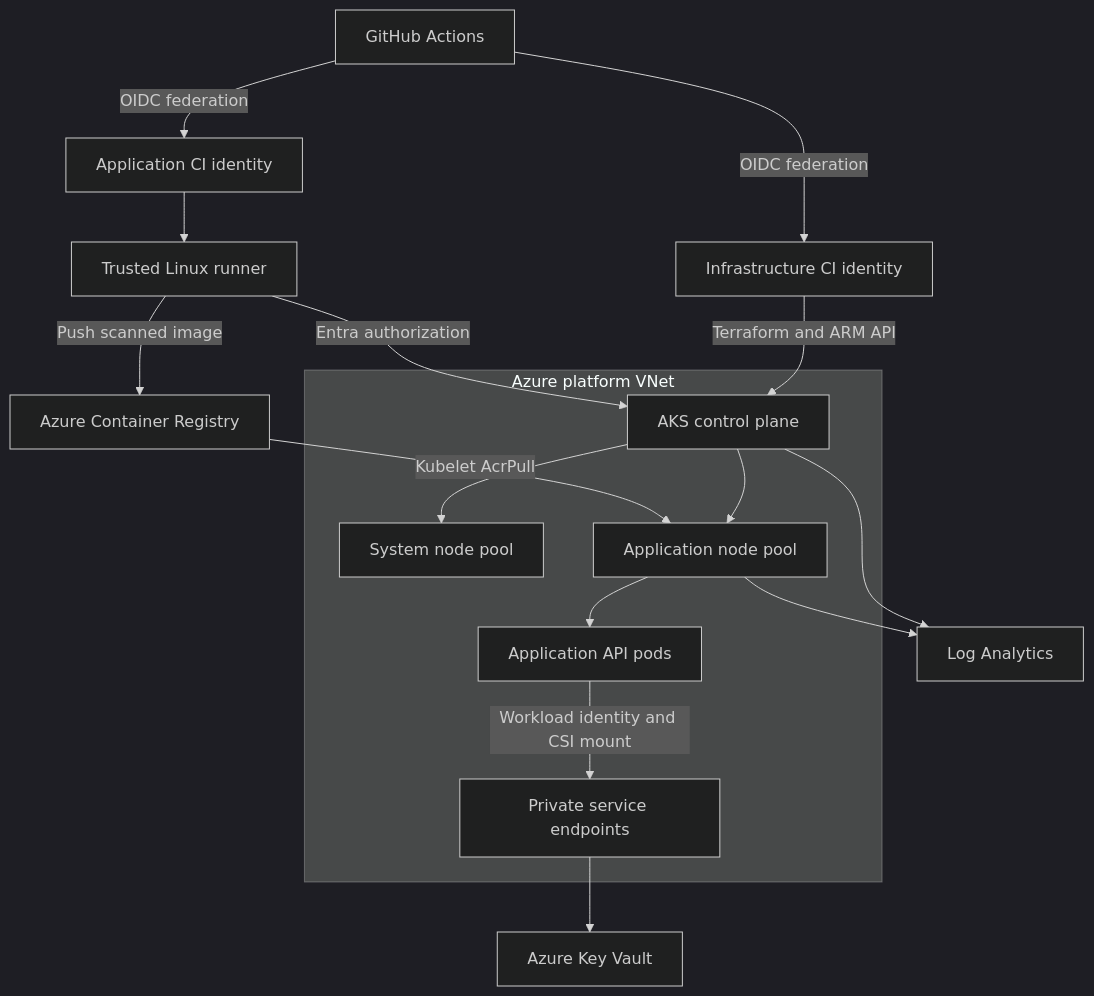
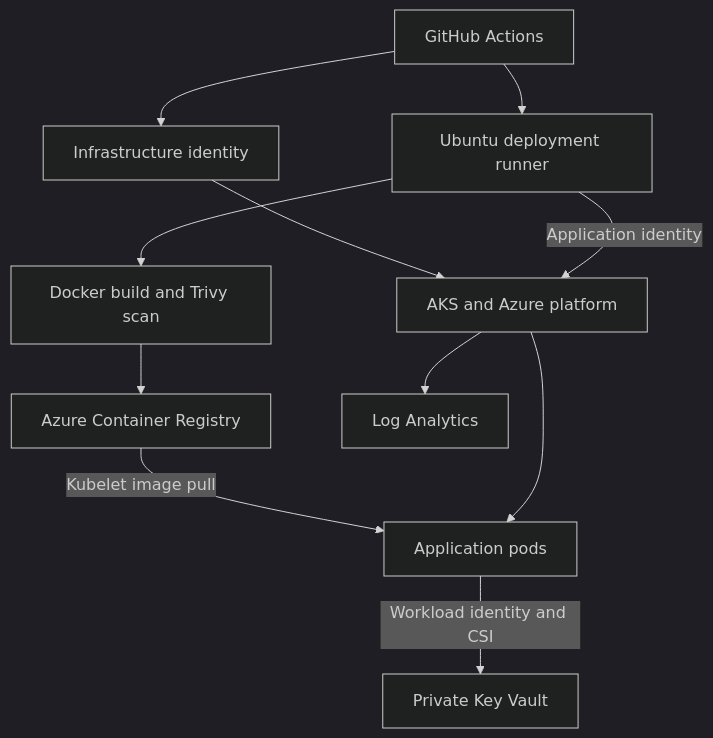
One commit to dotman01k/azure-aks-platform changed the first of 2 diagrams in README.md. Above: the diagram before and after it, drawn with Mermaid (dark theme). The commit also changed other lines of this file, not shown here.

Commit message:
Document completed AKS deployment, runtime evidence and operational lessons

````diff
--- a/README.md
+++ b/README.md
@@ -71,23 +106,13 @@
 ```mermaid
 flowchart TD
-  GitHub[GitHub Actions] -->|OIDC federation| Infra[Infrastructure CI identity]
-  GitHub -->|OIDC federation| Release[Application CI identity]
-  Infra -->|Terraform and ARM API| Control[AKS control plane]
-  Release --> Runner[Trusted Linux runner]
-  Runner -->|Push scanned image| Registry[Azure Container Registry]
-  Runner -->|Entra authorization| Control
-  subgraph Network[Azure platform VNet]
-    System[System node pool]
-    Apps[Application node pool]
-    Service[Application API pods]
-    Private[Private service endpoints]
-    Control --> System
-    Control --> Apps
-    Apps --> Service
-    Service -->|Workload identity and CSI mount| Private
-  end
-  Registry -->|Kubelet AcrPull| Apps
-  Private --> Vault[Azure Key Vault]
-  Control --> Logs[Log Analytics]
-  Apps --> Logs
+  G["GitHub Actions"] --> I["Infrastructure identity"]
+  G --> R["Ubuntu deployment runner"]
+  I --> A["AKS and Azure platform"]
+  R --> B["Docker build and Trivy scan"]
+  B --> C["Azure Container Registry"]
+  R -->|"Application identity"| A
+  C -->|"Kubelet image pull"| P["Application pods"]
+  A --> P
+  P -->|"Workload identity and CSI"| K["Private Key Vault"]
+  A --> L["Log Analytics"]
 ```
````
